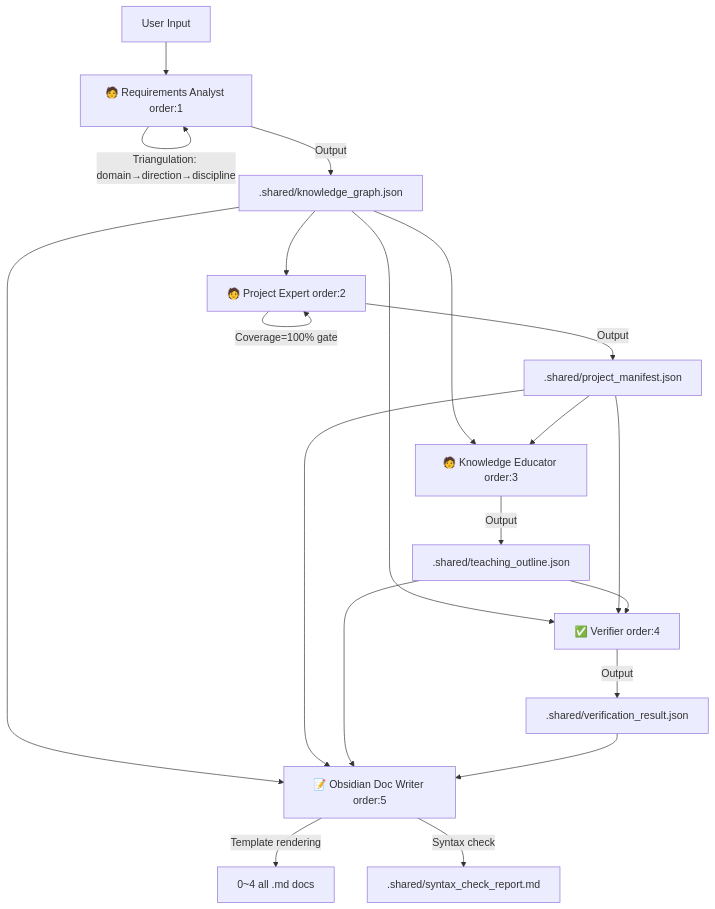
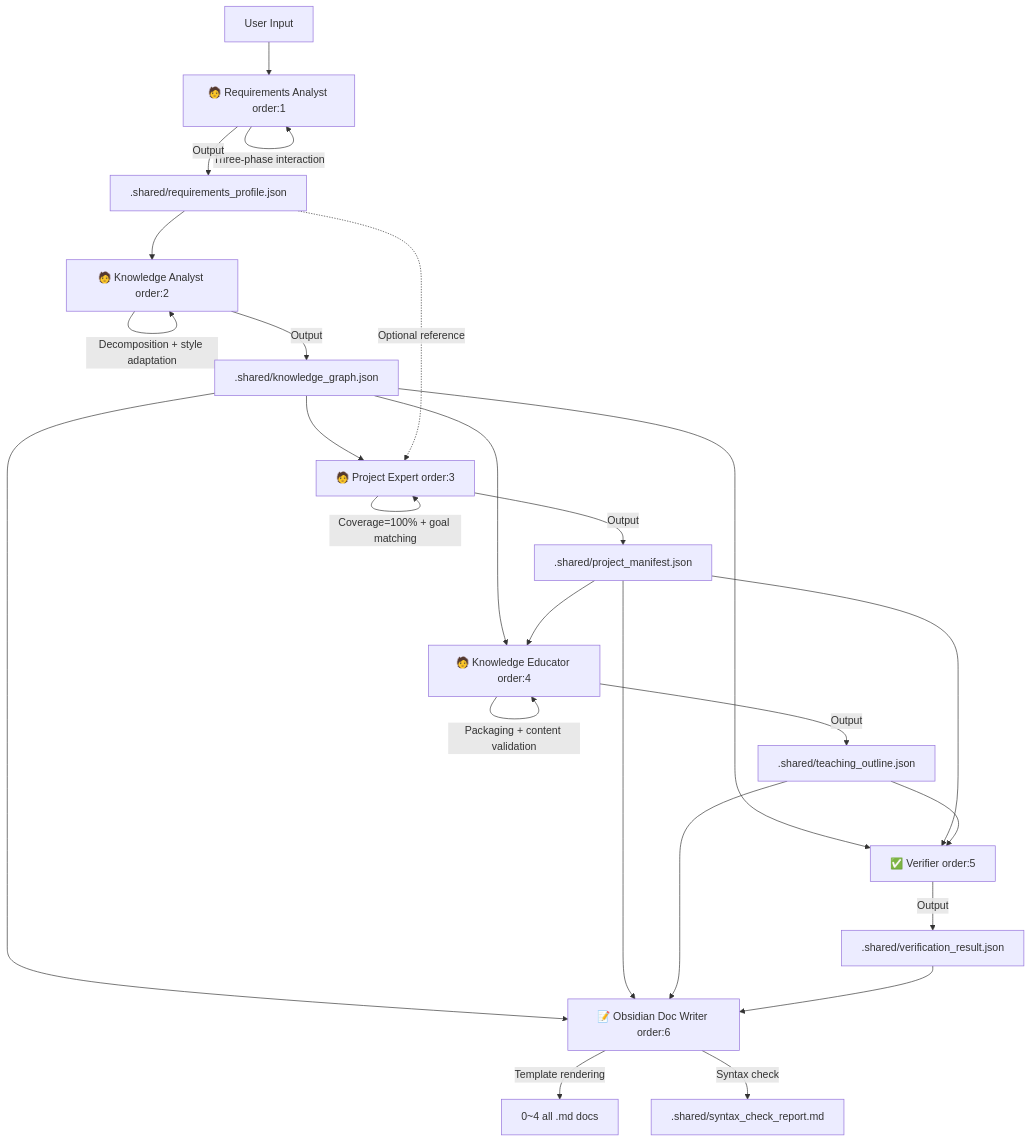
One commit to LiuYuanSong753/KnowledgeEngineOrchestrator changed the diagram in README-en.md. Above: the diagram before and after it, drawn with Mermaid. The commit also changed other lines of this file and 16 other files, not shown here.

````diff
--- a/README-en.md
+++ b/README-en.md
@@ -31,26 +32,32 @@
 ```mermaid
 flowchart TD
     A[User Input] --> B[🧑 Requirements Analyst order:1]
-    B -->|Triangulation: domain→direction→discipline| B
-    B -->|Output| D[.shared/knowledge_graph.json]
+    B -->|Three-phase interaction| B
+    B -->|Output| R[.shared/requirements_profile.json]
     
-    D --> E[🧑 Project Expert order:2]
-    E -->|Coverage=100% gate| E
+    R --> C[🧑 Knowledge Analyst order:2]
+    C -->|Decomposition + style adaptation| C
+    C -->|Output| D[.shared/knowledge_graph.json]
+    
+    D --> E[🧑 Project Expert order:3]
+    R -.->|Optional reference| E
+    E -->|Coverage=100% + goal matching| E
     E -->|Output| F[.shared/project_manifest.json]
     
-    D --> G[🧑 Knowledge Educator order:3]
+    D --> G[🧑 Knowledge Educator order:4]
     F --> G
+    G -->|Packaging + content validation| G
     G -->|Output| H[.shared/teaching_outline.json]
     
-    D --> I[✅ Verifier order:4]
+    D --> I[✅ Verifier order:5]
     F --> I
     H --> I
     I -->|Output| J[.shared/verification_result.json]
     
-    D --> K[📝 Obsidian Doc Writer order:5]
+    D --> K[📝 Obsidian Doc Writer order:6]
     F --> K
     H --> K
     J --> K
     K -->|Template rendering| L[0~4 all .md docs]
     K -->|Syntax check| M[.shared/syntax_check_report.md]
 ```
````
